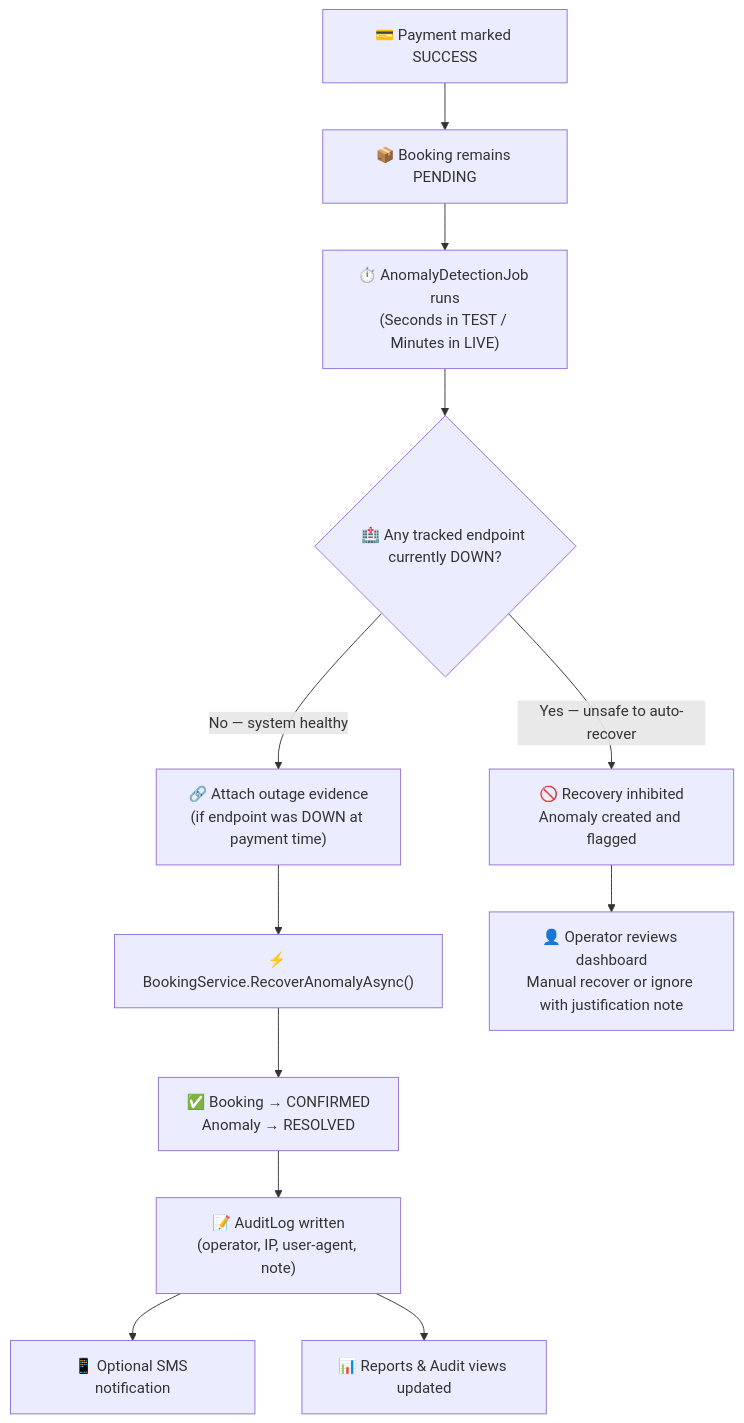
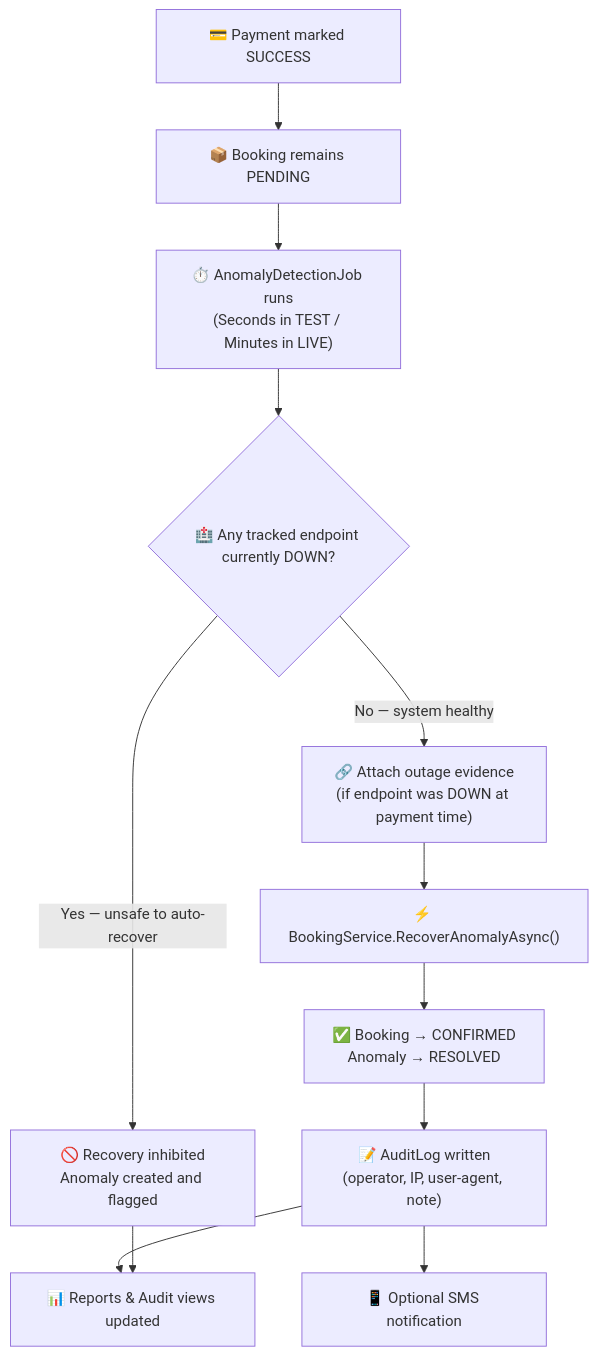
The first of 2 diagrams in README.md (MethasMP/TicketGuard), drawn with Mermaid before and after one commit. The commit also changed other lines of this file and 1 other file, not shown here.

Commit message:
docs: Remove system action walkthrough, update `walkthrough.webp`, and refine system logic flow and operational impact descriptions in README.

````diff
--- a/README.md
+++ b/README.md
@@ -80,17 +68,17 @@
 ```mermaid
 flowchart TD
     A["💳 Payment marked SUCCESS"] --> B["📦 Booking remains PENDING"]
     B --> C["⏱️ AnomalyDetectionJob runs\n(Seconds in TEST / Minutes in LIVE)"]
     C --> D{"🏥 Any tracked endpoint currently DOWN?"}
 
     D -->|"Yes — unsafe to auto-recover"| E["🚫 Recovery inhibited\nAnomaly created and flagged"]
     D -->|"No — system healthy"| F["🔗 Attach outage evidence\n(if endpoint was DOWN at payment time)"]
 
     F --> G["⚡ BookingService.RecoverAnomalyAsync()"]
     G --> H["✅ Booking → CONFIRMED\nAnomaly → RESOLVED"]
     H --> I["📝 AuditLog written\n(operator, IP, user-agent, note)"]
     I --> J["📱 Optional SMS notification"]
     I --> K["📊 Reports & Audit views updated"]
 
-    E --> L["👤 Operator reviews dashboard\nManual recover or ignore with justification note"]
+    E --> K["📊 Reports & Audit views updated"]
 ```
````
